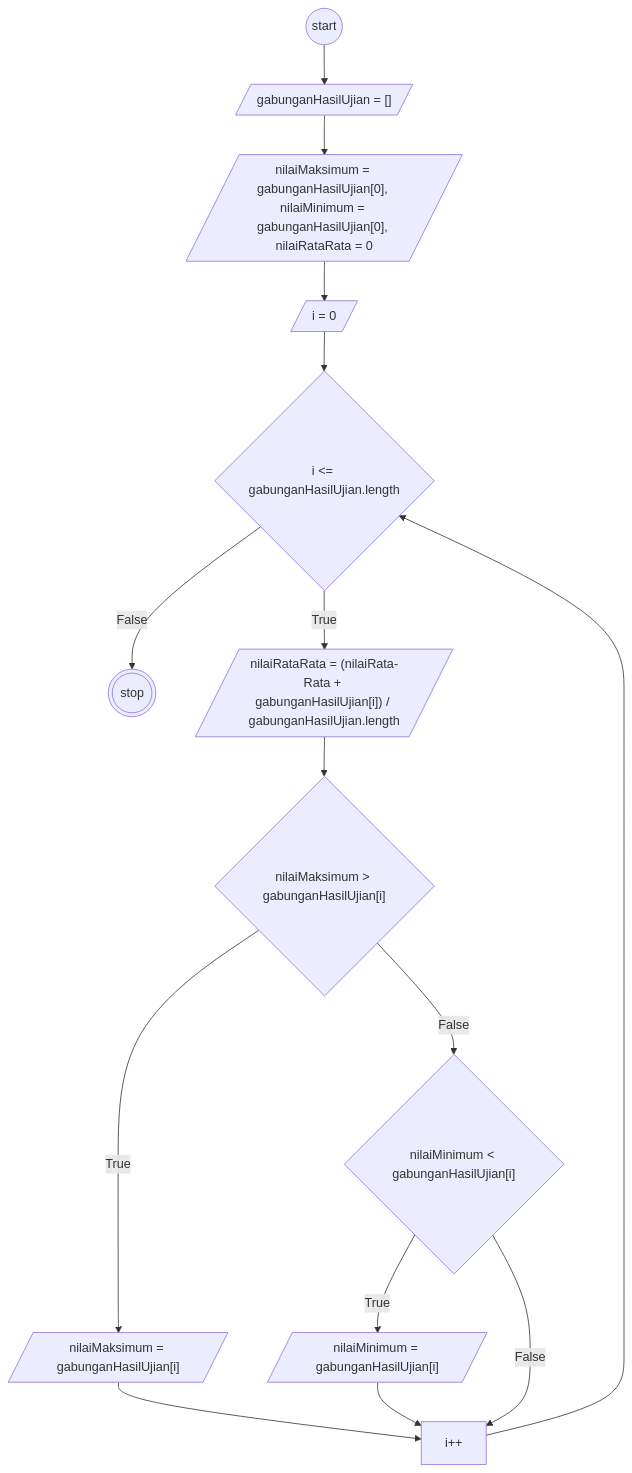
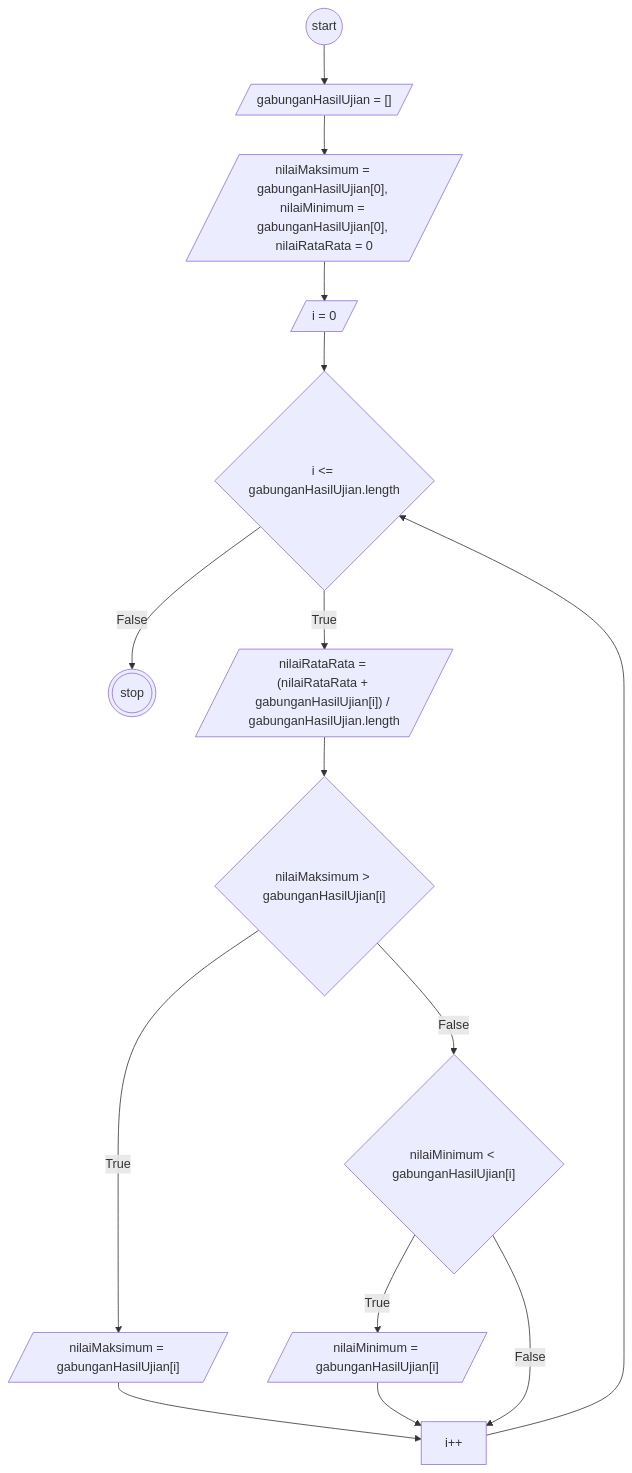
The diagram in flowchart-nilai-maksimum-minimum-rata-rata.md (Arif14377/koda-b6-javascript2), drawn with Mermaid before and after one commit.

````diff
--- a/flowchart-nilai-maksimum-minimum-rata-rata.md
+++ b/flowchart-nilai-maksimum-minimum-rata-rata.md
@@ -3,32 +3,32 @@
 ```mermaid
 flowchart TD
 start@{shape: circle, label: "start"}
 input@{shape: lean-r, label: "gabunganHasilUjian = []"}
 input2@{shape: lean-r, label: "nilaiMaksimum = gabunganHasilUjian[0], nilaiMinimum = gabunganHasilUjian[0], nilaiRataRata = 0"}
 initLoop@{shape: lean-r, label: "i = 0"}
 conditionLoop@{shape: diamond, label: "i <= gabunganHasilUjian.length"}
 isNilaiMaksimumBigger@{shape: diamond, label: "nilaiMaksimum > gabunganHasilUjian[i]"}
 nilaiMaksimum@{shape: lean-r, label: "nilaiMaksimum = gabunganHasilUjian[i]"}
 pengubah@{shape: rect, label: i++}
 stop@{shape: dbl-circ, label: "stop"}
 isNilaiMinimumLower@{shape: diamond, label: "nilaiMinimum < gabunganHasilUjian[i]"}
 nilaiMinimum@{shape: lean-r, label: "nilaiMinimum = gabunganHasilUjian[i]"}
-nilaiRataRata@{shape: lean-r, label: "nilaiRataRata = (nilaiRata-Rata + gabunganHasilUjian[i]) / gabunganHasilUjian.length"}
+nilaiRataRata@{shape: lean-r, label: "nilaiRataRata = (nilaiRataRata + gabunganHasilUjian[i]) / gabunganHasilUjian.length"}
 
 
 start-->input
 input-->input2
 input2-->initLoop
 initLoop-->conditionLoop
 conditionLoop--True-->nilaiRataRata
 nilaiRataRata-->isNilaiMaksimumBigger
 conditionLoop--False-->stop
 isNilaiMaksimumBigger--True-->nilaiMaksimum
 nilaiMaksimum-->pengubah
 pengubah-->conditionLoop
 isNilaiMaksimumBigger--False-->isNilaiMinimumLower
 isNilaiMinimumLower--True-->nilaiMinimum
 nilaiMinimum-->pengubah
 isNilaiMinimumLower--False-->pengubah
 
 ```
````
